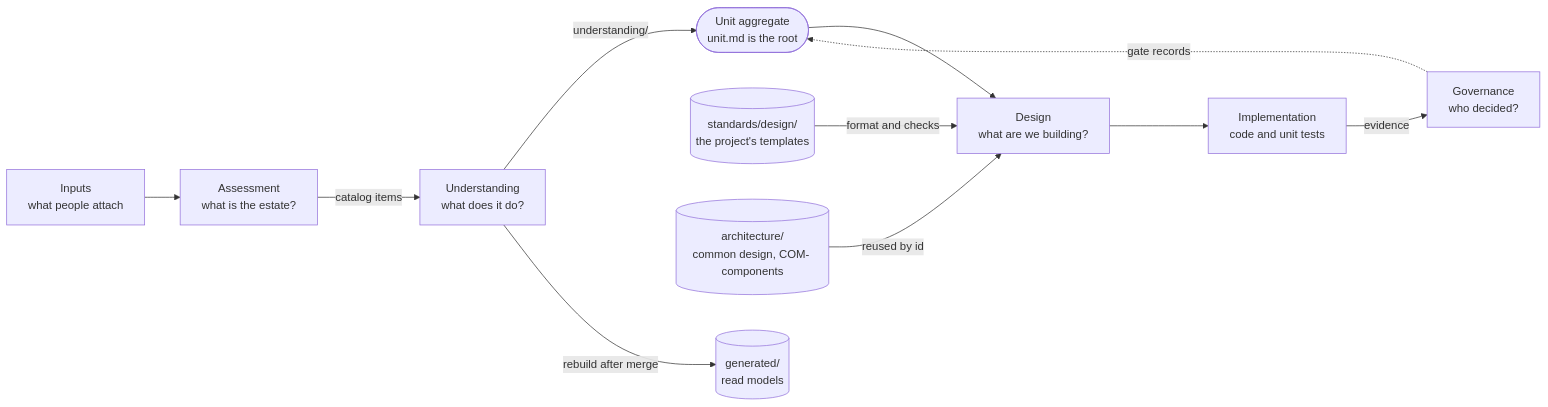
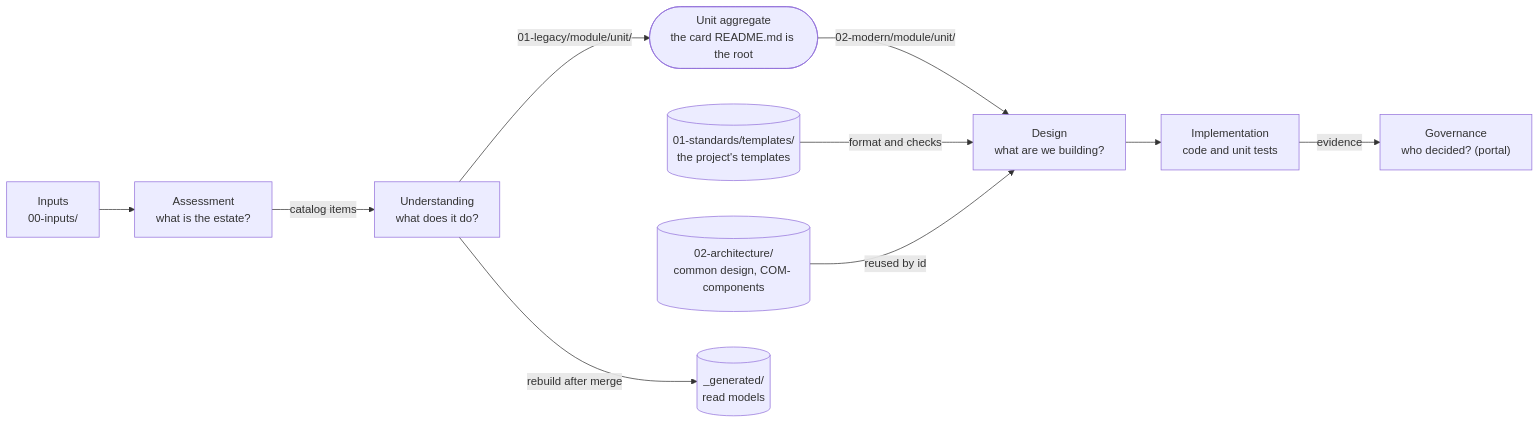
Before and after one commit to evoelsewhere/kintsugi: the diagram in docs/architecture/concepts/document-repo-contexts.md, drawn with Mermaid. The commit also changed other lines of this file and 318 other files, not shown here.

````diff
--- a/docs/architecture/concepts/document-repo-contexts.md
+++ b/docs/architecture/concepts/document-repo-contexts.md
@@ -9,24 +9,23 @@
 ```mermaid
 flowchart LR
-  inputs["Inputs<br/>what people attach"]
+  inputs["Inputs<br/>00-inputs/"]
   assessment["Assessment<br/>what is the estate?"]
   understanding["Understanding<br/>what does it do?"]
-  unit(["Unit aggregate<br/>unit.md is the root"])
-  templates[("standards/design/<br/>the project's templates")]
-  common[("architecture/<br/>common design, COM- components")]
+  unit(["Unit aggregate<br/>the card README.md is the root"])
+  templates[("01-standards/templates/<br/>the project's templates")]
+  common[("02-architecture/<br/>common design, COM- components")]
   design["Design<br/>what are we building?"]
   implementation["Implementation<br/>code and unit tests"]
-  governance["Governance<br/>who decided?"]
-  generated[("generated/<br/>read models")]
+  governance["Governance<br/>who decided? (portal)"]
+  generated[("_generated/<br/>read models")]
 
   inputs --> assessment
   assessment -->|"catalog items"| understanding
-  understanding -->|"understanding/"| unit
-  unit --> design
+  understanding -->|"01-legacy/module/unit/"| unit
+  unit -->|"02-modern/module/unit/"| design
   templates -->|"format and checks"| design
   common -->|"reused by id"| design
   design --> implementation
   implementation -->|"evidence"| governance
   understanding -->|"rebuild after merge"| generated
-  governance -.->|"gate records"| unit
 ```
````
